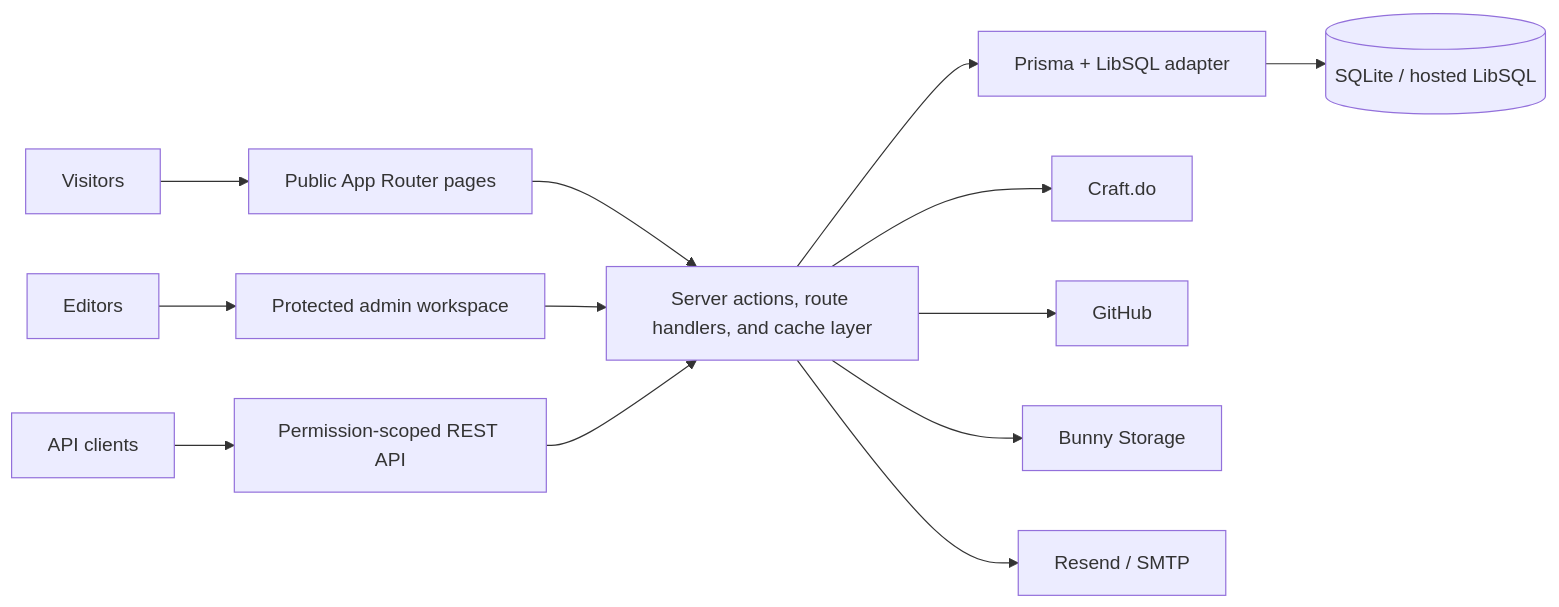
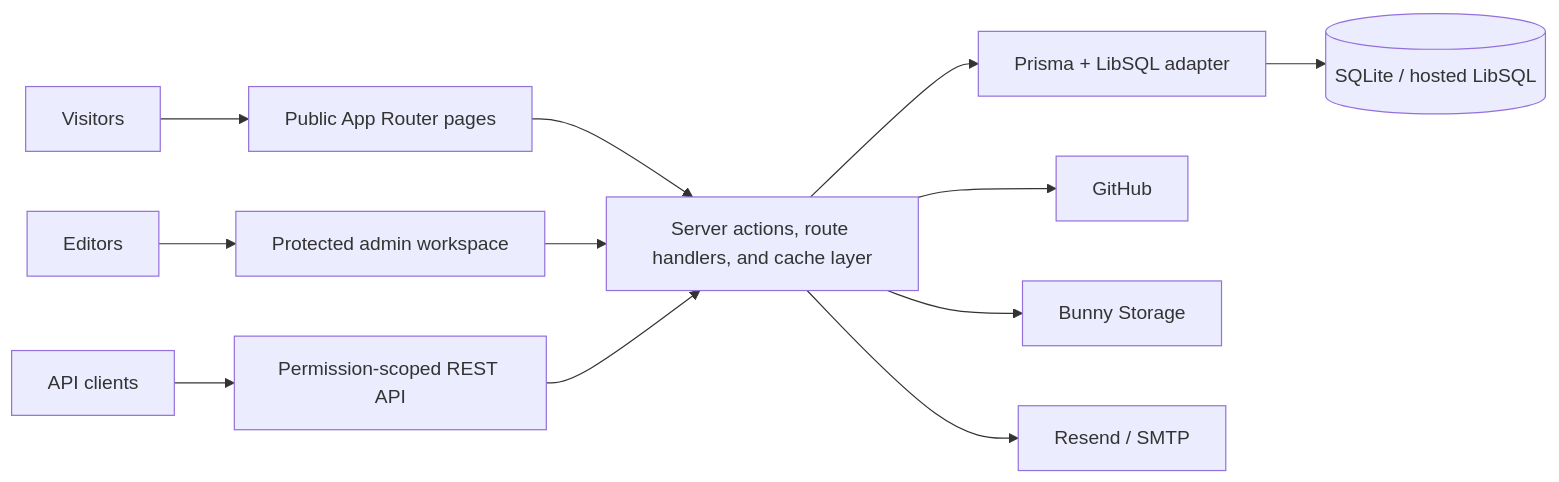
The diagram in README.md (tunwinlat/ExploreCMS), drawn with Mermaid before and after one commit. The commit also changed other lines of this file and 31 other files, not shown here.

````diff
--- a/README.md
+++ b/README.md
@@ -193,17 +183,16 @@
 ```mermaid
 flowchart LR
     Visitors[Visitors] --> Public[Public App Router pages]
     Editors[Editors] --> Admin[Protected admin workspace]
     Clients[API clients] --> API[Permission-scoped REST API]
 
     Public --> Services[Server actions, route handlers, and cache layer]
     Admin --> Services
     API --> Services
     Services --> Prisma[Prisma + LibSQL adapter]
     Prisma --> DB[(SQLite / hosted LibSQL)]
 
-    Services --> Craft[Craft.do]
     Services --> GitHub[GitHub]
     Services --> Media[Bunny Storage]
     Services --> Email[Resend / SMTP]
 ```
````
